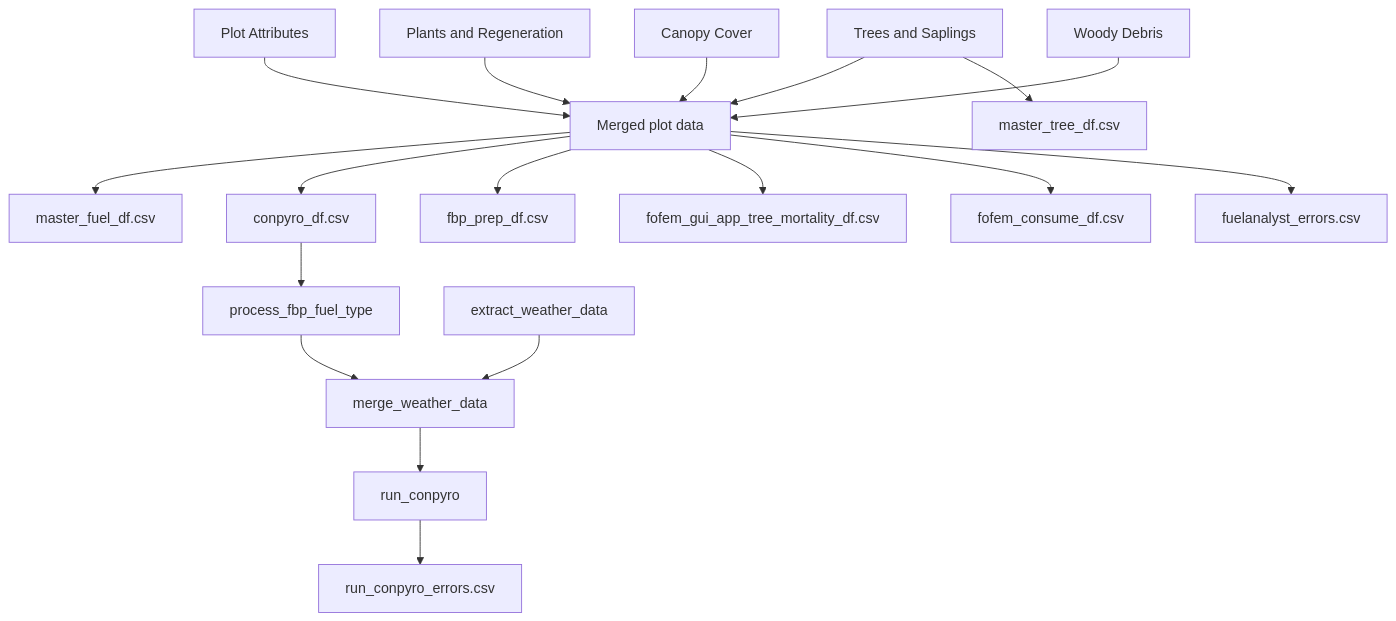
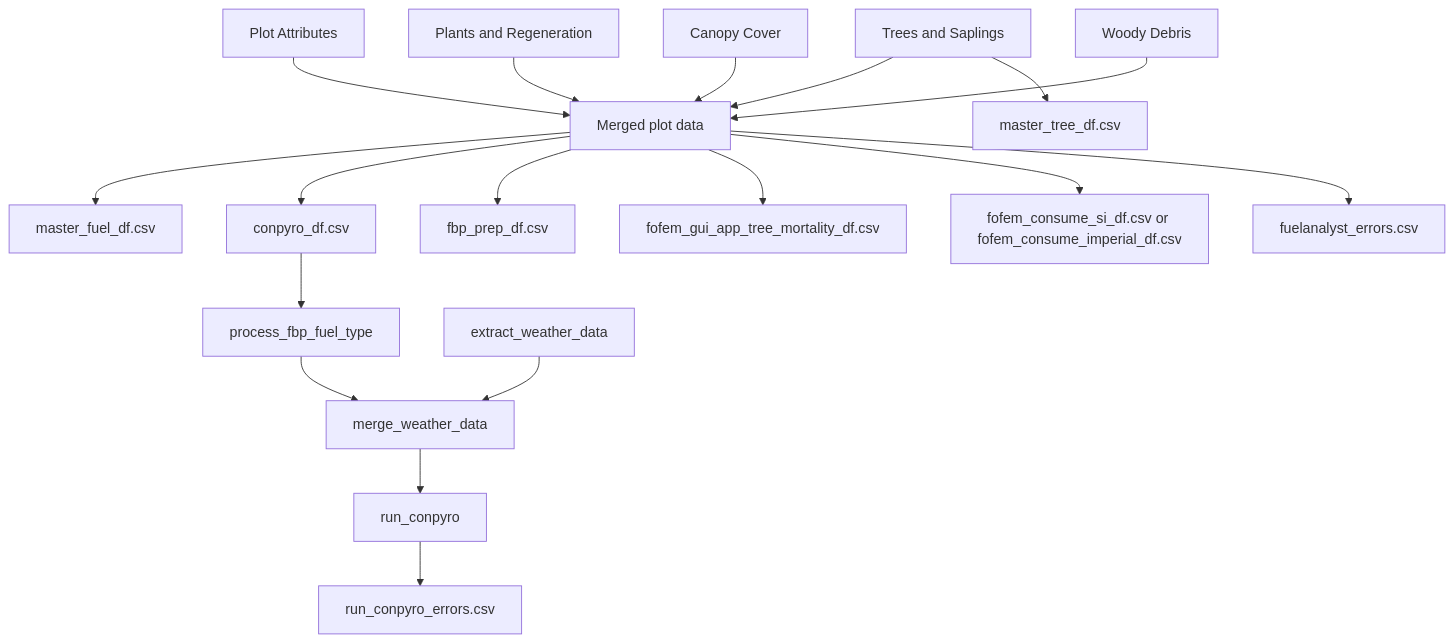
One commit to gagreene/FuelAnalyst changed the diagram in docs/CODEBASE.md. Above: the diagram before and after it, drawn with Mermaid. The commit also changed other lines of this file and 19 other files, not shown here.

````diff
--- a/docs/CODEBASE.md
+++ b/docs/CODEBASE.md
@@ -173,22 +177,22 @@
 ```mermaid
 flowchart TD
     P[Plot Attributes] --> M[Merged plot data]
     PR[Plants and Regeneration] --> M
     T[Trees and Saplings] --> M
     C[Canopy Cover] --> M
     W[Woody Debris] --> M
 
     M --> MF[master_fuel_df.csv]
     T --> MT[master_tree_df.csv]
     M --> CP[conpyro_df.csv]
     M --> FP[fbp_prep_df.csv]
     M --> FT[fofem_gui_app_tree_mortality_df.csv]
-    M --> FC[fofem_consume_df.csv]
+    M --> FC[fofem_consume_si_df.csv or fofem_consume_imperial_df.csv]
     M --> ER[fuelanalyst_errors.csv]
 
     CP --> FBP[process_fbp_fuel_type]
     WX[extract_weather_data] --> MW[merge_weather_data]
     FBP --> MW
     MW --> RC[run_conpyro]
     RC --> RER[run_conpyro_errors.csv]
 ```
````
